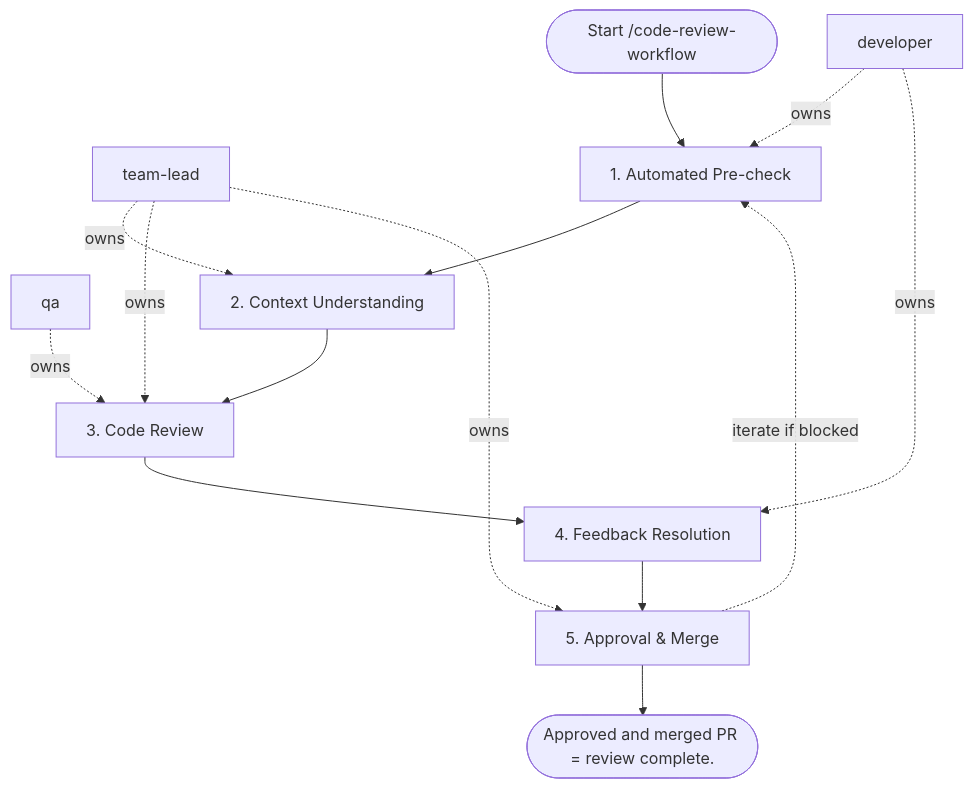
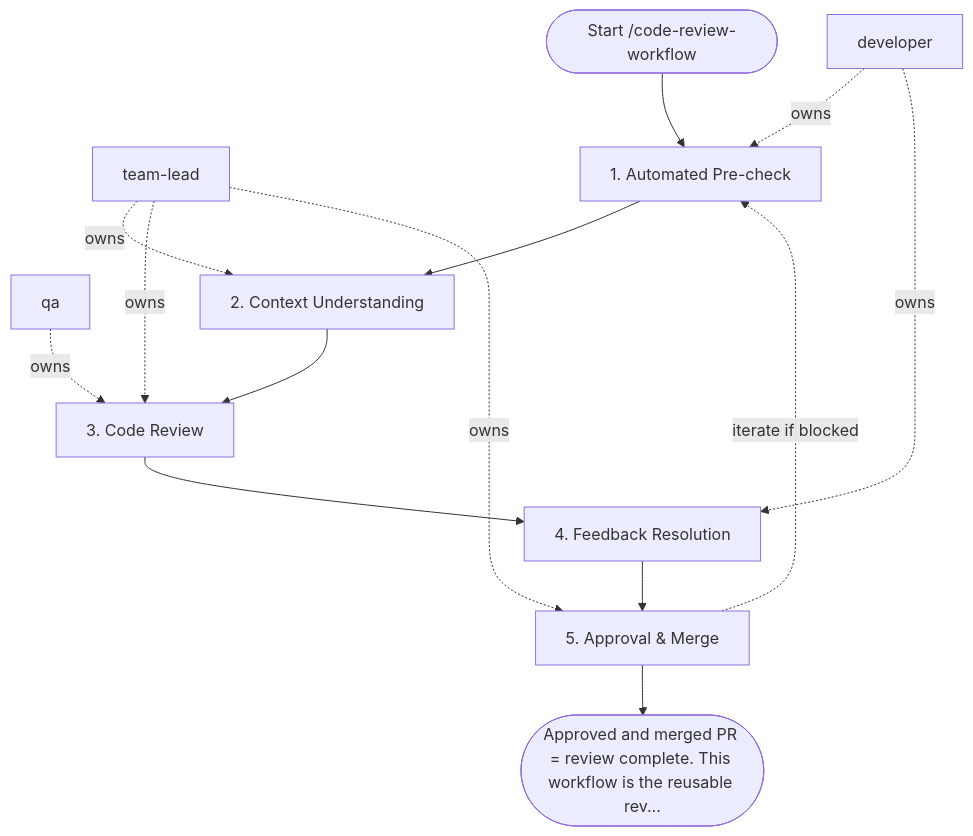
The diagram in .opencode/commands/code-review-workflow.md (sawrus/x10), drawn with Mermaid before and after one commit. The commit also changed other lines of this file and 144 other files, not shown here.

````diff
--- a/.opencode/commands/code-review-workflow.md
+++ b/.opencode/commands/code-review-workflow.md
@@ -89,26 +89,26 @@
 ```mermaid
 flowchart TD
   start(["Start /code-review-workflow"])
   role_1["developer"]
   role_2["team-lead"]
   role_3["qa"]
   step_1["1. Automated Pre-check"]
   step_2["2. Context Understanding"]
   step_3["3. Code Review"]
   step_4["4. Feedback Resolution"]
   step_5["5. Approval & Merge"]
-  exit(["Approved and merged PR = review complete."])
+  exit(["Approved and merged PR = review complete. This workflow is the reusable rev..."])
   start --> step_1
   step_1 --> step_2
   step_2 --> step_3
   step_3 --> step_4
   step_4 --> step_5
   step_5 --> exit
   role_1 -. owns .-> step_1
   role_2 -. owns .-> step_2
   role_2 -. owns .-> step_3
   role_3 -. owns .-> step_3
   role_1 -. owns .-> step_4
   role_2 -. owns .-> step_5
   step_5 -. iterate if blocked .-> step_1
 ```
````
